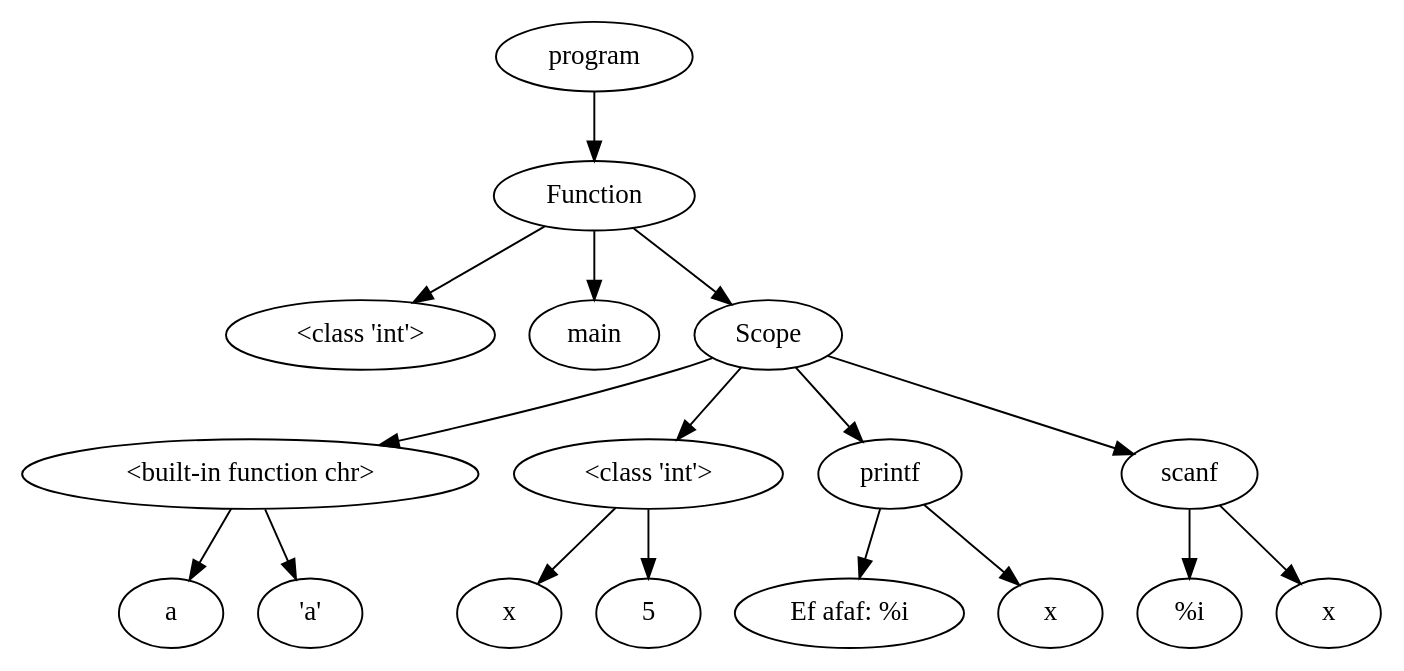
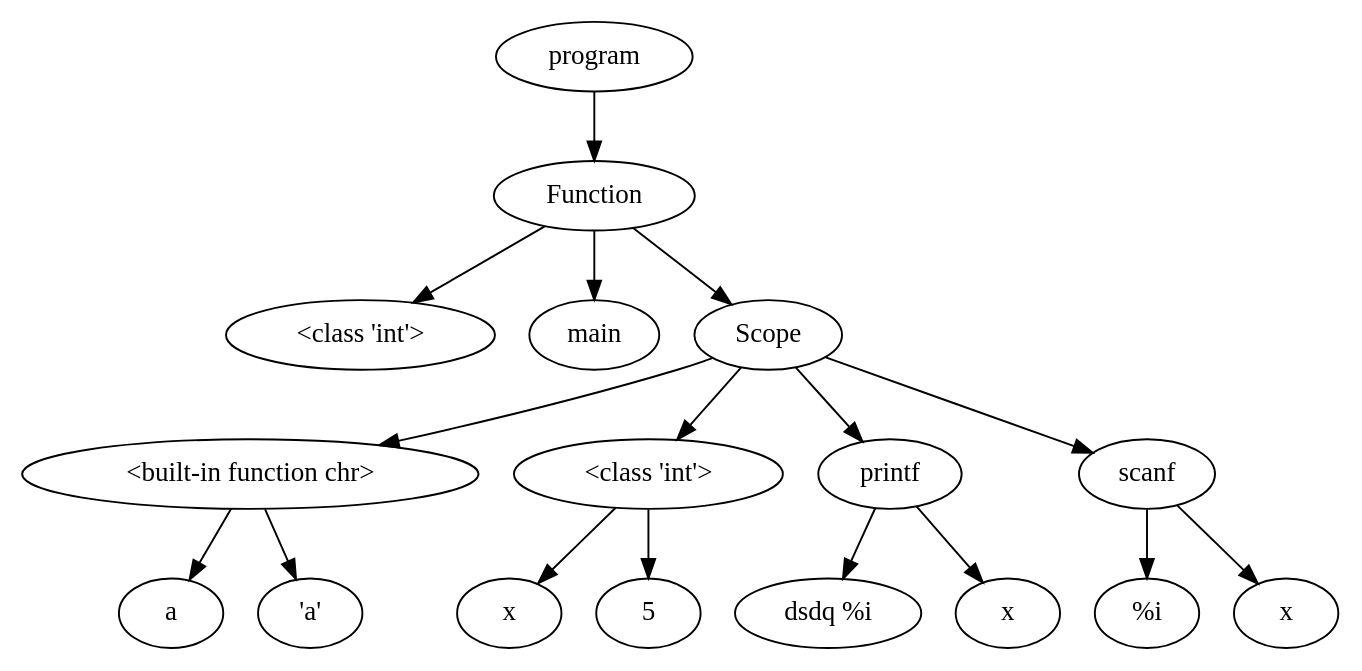
One commit to NielsVandenBroeck/COMP_Compiler changed the diagram in OutputFiles/dotVisualization.dot. Above: the diagram before and after it, drawn with Graphviz. The commit also changed 10 other files, not shown here.

```diff
--- a/OutputFiles/dotVisualization.dot
+++ b/OutputFiles/dotVisualization.dot
@@ -1,41 +1,41 @@
 digraph G { 
-"<AST.AST object at 0x000001CC794469D0> (0)"[label="program"]
-"<AST.ASTFunction object at 0x000001CC794466A0> (1)"[label="Function"]
-"<AST.AST object at 0x000001CC794469D0> (0)"->"<AST.ASTFunction object at 0x000001CC794466A0> (1)"
-"<AST.ASTFunction object at 0x000001CC794466A0> (1)"[label="Function"]
-"<AST.ASTDataType object at 0x000001CC79446220> (2)"[label="<class 'int'>"]
-"<AST.ASTFunction object at 0x000001CC794466A0> (1)"->"<AST.ASTDataType object at 0x000001CC79446220> (2)"
-"<AST.ASTFunctionName object at 0x000001CC79446A30> (2)"[label="main"]
-"<AST.ASTFunction object at 0x000001CC794466A0> (1)"->"<AST.ASTFunctionName object at 0x000001CC79446A30> (2)"
-"<AST.ASTScope object at 0x000001CC79446E80> (2)"[label="Scope"]
-"<AST.ASTFunction object at 0x000001CC794466A0> (1)"->"<AST.ASTScope object at 0x000001CC79446E80> (2)"
-"<AST.ASTScope object at 0x000001CC79446E80> (2)"[label="Scope"]
-"<AST.ASTDataType object at 0x000001CC79446970> (3)"[label="<built-in function chr>"]
-"<AST.ASTScope object at 0x000001CC79446E80> (2)"->"<AST.ASTDataType object at 0x000001CC79446970> (3)"
-"<AST.ASTDataType object at 0x000001CC79446970> (3)"[label="<built-in function chr>"]
-"<AST.ASTVariable object at 0x000001CC79446AF0> (4)"[label="a"]
-"<AST.ASTDataType object at 0x000001CC79446970> (3)"->"<AST.ASTVariable object at 0x000001CC79446AF0> (4)"
-"<AST.ASTChar object at 0x000001CC79446640> (4)"[label="'a'"]
-"<AST.ASTDataType object at 0x000001CC79446970> (3)"->"<AST.ASTChar object at 0x000001CC79446640> (4)"
-"<AST.ASTDataType object at 0x000001CC79446AC0> (3)"[label="<class 'int'>"]
-"<AST.ASTScope object at 0x000001CC79446E80> (2)"->"<AST.ASTDataType object at 0x000001CC79446AC0> (3)"
-"<AST.ASTDataType object at 0x000001CC79446AC0> (3)"[label="<class 'int'>"]
-"<AST.ASTVariable object at 0x000001CC79446A90> (4)"[label="x"]
-"<AST.ASTDataType object at 0x000001CC79446AC0> (3)"->"<AST.ASTVariable object at 0x000001CC79446A90> (4)"
-"<AST.ASTInt object at 0x000001CC79446BB0> (4)"[label="5"]
-"<AST.ASTDataType object at 0x000001CC79446AC0> (3)"->"<AST.ASTInt object at 0x000001CC79446BB0> (4)"
-"<AST.ASTPrintf object at 0x000001CC79446B80> (3)"[label="printf"]
-"<AST.ASTScope object at 0x000001CC79446E80> (2)"->"<AST.ASTPrintf object at 0x000001CC79446B80> (3)"
-"<AST.ASTPrintf object at 0x000001CC79446B80> (3)"[label="printf"]
-"<AST.ASTText object at 0x000001CC794469A0> (4)"[label="Ef afaf: %i"]
-"<AST.ASTPrintf object at 0x000001CC79446B80> (3)"->"<AST.ASTText object at 0x000001CC794469A0> (4)"
-"<AST.ASTVariable object at 0x000001CC79446C10> (4)"[label="x"]
-"<AST.ASTPrintf object at 0x000001CC79446B80> (3)"->"<AST.ASTVariable object at 0x000001CC79446C10> (4)"
-"<AST.ASTPrintf object at 0x000001CC79446D90> (3)"[label="scanf"]
-"<AST.ASTScope object at 0x000001CC79446E80> (2)"->"<AST.ASTPrintf object at 0x000001CC79446D90> (3)"
-"<AST.ASTPrintf object at 0x000001CC79446D90> (3)"[label="scanf"]
-"<AST.ASTText object at 0x000001CC79446D60> (4)"[label="%i"]
-"<AST.ASTPrintf object at 0x000001CC79446D90> (3)"->"<AST.ASTText object at 0x000001CC79446D60> (4)"
-"<AST.ASTVariable object at 0x000001CC79446C40> (4)"[label="x"]
-"<AST.ASTPrintf object at 0x000001CC79446D90> (3)"->"<AST.ASTVariable object at 0x000001CC79446C40> (4)"
+"<AST.AST object at 0x000001214B4F1D00> (0)"[label="program"]
+"<AST.ASTFunction object at 0x000001214B4F1790> (1)"[label="Function"]
+"<AST.AST object at 0x000001214B4F1D00> (0)"->"<AST.ASTFunction object at 0x000001214B4F1790> (1)"
+"<AST.ASTFunction object at 0x000001214B4F1790> (1)"[label="Function"]
+"<AST.ASTDataType object at 0x000001214B4F1E80> (2)"[label="<class 'int'>"]
+"<AST.ASTFunction object at 0x000001214B4F1790> (1)"->"<AST.ASTDataType object at 0x000001214B4F1E80> (2)"
+"<AST.ASTFunctionName object at 0x000001214B4F1250> (2)"[label="main"]
+"<AST.ASTFunction object at 0x000001214B4F1790> (1)"->"<AST.ASTFunctionName object at 0x000001214B4F1250> (2)"
+"<AST.ASTScope object at 0x000001214B4F13A0> (2)"[label="Scope"]
+"<AST.ASTFunction object at 0x000001214B4F1790> (1)"->"<AST.ASTScope object at 0x000001214B4F13A0> (2)"
+"<AST.ASTScope object at 0x000001214B4F13A0> (2)"[label="Scope"]
+"<AST.ASTDataType object at 0x000001214B4F1A30> (3)"[label="<built-in function chr>"]
+"<AST.ASTScope object at 0x000001214B4F13A0> (2)"->"<AST.ASTDataType object at 0x000001214B4F1A30> (3)"
+"<AST.ASTDataType object at 0x000001214B4F1A30> (3)"[label="<built-in function chr>"]
+"<AST.ASTVariable object at 0x000001214B4F18E0> (4)"[label="a"]
+"<AST.ASTDataType object at 0x000001214B4F1A30> (3)"->"<AST.ASTVariable object at 0x000001214B4F18E0> (4)"
+"<AST.ASTChar object at 0x000001214B4F1A90> (4)"[label="'a'"]
+"<AST.ASTDataType object at 0x000001214B4F1A30> (3)"->"<AST.ASTChar object at 0x000001214B4F1A90> (4)"
+"<AST.ASTDataType object at 0x000001214B4F1DC0> (3)"[label="<class 'int'>"]
+"<AST.ASTScope object at 0x000001214B4F13A0> (2)"->"<AST.ASTDataType object at 0x000001214B4F1DC0> (3)"
+"<AST.ASTDataType object at 0x000001214B4F1DC0> (3)"[label="<class 'int'>"]
+"<AST.ASTVariable object at 0x000001214B4F1C10> (4)"[label="x"]
+"<AST.ASTDataType object at 0x000001214B4F1DC0> (3)"->"<AST.ASTVariable object at 0x000001214B4F1C10> (4)"
+"<AST.ASTInt object at 0x000001214B4F1970> (4)"[label="5"]
+"<AST.ASTDataType object at 0x000001214B4F1DC0> (3)"->"<AST.ASTInt object at 0x000001214B4F1970> (4)"
+"<AST.ASTPrintf object at 0x000001214B4F1550> (3)"[label="printf"]
+"<AST.ASTScope object at 0x000001214B4F13A0> (2)"->"<AST.ASTPrintf object at 0x000001214B4F1550> (3)"
+"<AST.ASTPrintf object at 0x000001214B4F1550> (3)"[label="printf"]
+"<AST.ASTText object at 0x000001214B4F19A0> (4)"[label="dsdq %i"]
+"<AST.ASTPrintf object at 0x000001214B4F1550> (3)"->"<AST.ASTText object at 0x000001214B4F19A0> (4)"
+"<AST.ASTVariable object at 0x000001214B4F1DF0> (4)"[label="x"]
+"<AST.ASTPrintf object at 0x000001214B4F1550> (3)"->"<AST.ASTVariable object at 0x000001214B4F1DF0> (4)"
+"<AST.ASTPrintf object at 0x000001214B4F1BB0> (3)"[label="scanf"]
+"<AST.ASTScope object at 0x000001214B4F13A0> (2)"->"<AST.ASTPrintf object at 0x000001214B4F1BB0> (3)"
+"<AST.ASTPrintf object at 0x000001214B4F1BB0> (3)"[label="scanf"]
+"<AST.ASTText object at 0x000001214B4F1FD0> (4)"[label="%i"]
+"<AST.ASTPrintf object at 0x000001214B4F1BB0> (3)"->"<AST.ASTText object at 0x000001214B4F1FD0> (4)"
+"<AST.ASTVariable object at 0x000001214B4F02E0> (4)"[label="x"]
+"<AST.ASTPrintf object at 0x000001214B4F1BB0> (3)"->"<AST.ASTVariable object at 0x000001214B4F02E0> (4)"
 }
```
